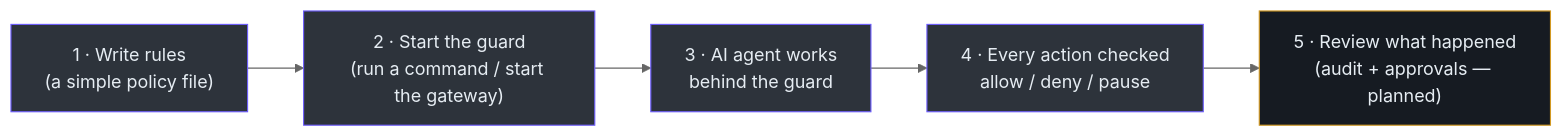
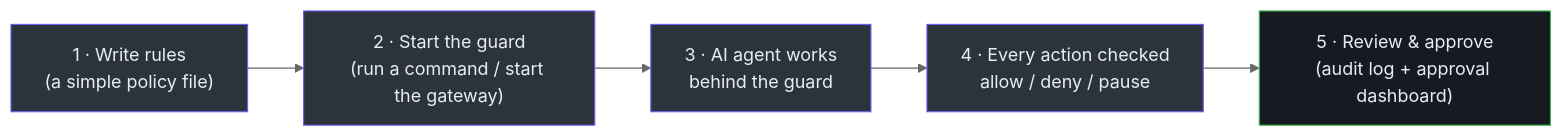
One commit to pleaseai/honmoon changed the first of 2 diagrams in wiki/onboarding/product-manager-guide.md. Above: the diagram before and after it, drawn with Mermaid (neutral theme). The commit also changed other lines of this file and 19 other files, not shown here.

Commit message:
docs(wiki): refresh for Phase 4 (pause approval, audit log, dashboard, honmoon-mgmt)

````diff
--- a/wiki/onboarding/product-manager-guide.md
+++ b/wiki/onboarding/product-manager-guide.md
@@ -38,12 +38,12 @@
 ```mermaid
 flowchart LR
   j1["1 · Write rules<br>(a simple policy file)"] --> j2["2 · Start the guard<br>(run a command / start the gateway)"]
   j2 --> j3["3 · AI agent works<br>behind the guard"]
   j3 --> j4["4 · Every action checked<br>allow / deny / pause"]
-  j4 --> j5["5 · Review what happened<br>(audit + approvals — planned)"]
+  j4 --> j5["5 · Review &amp; approve<br>(audit log + approval dashboard)"]
   style j1 fill:#2d333b,stroke:#6d5dfc,color:#e6edf3
   style j2 fill:#2d333b,stroke:#6d5dfc,color:#e6edf3
   style j3 fill:#2d333b,stroke:#6d5dfc,color:#e6edf3
   style j4 fill:#2d333b,stroke:#6d5dfc,color:#e6edf3
-  style j5 fill:#161b22,stroke:#d29922,color:#e6edf3
+  style j5 fill:#161b22,stroke:#3fb950,color:#e6edf3
 ```
````
